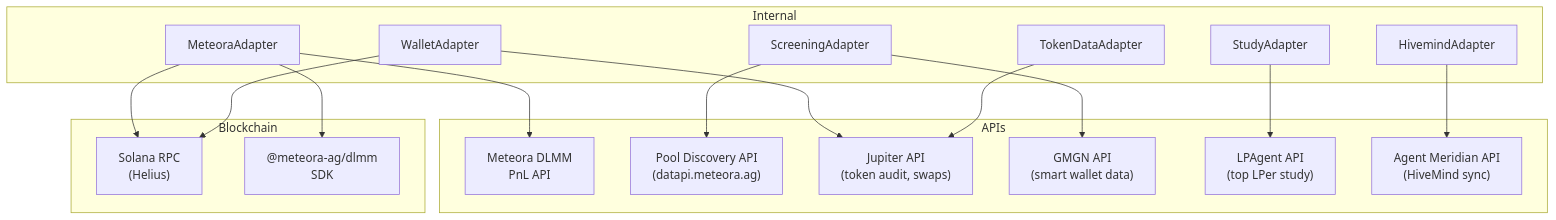
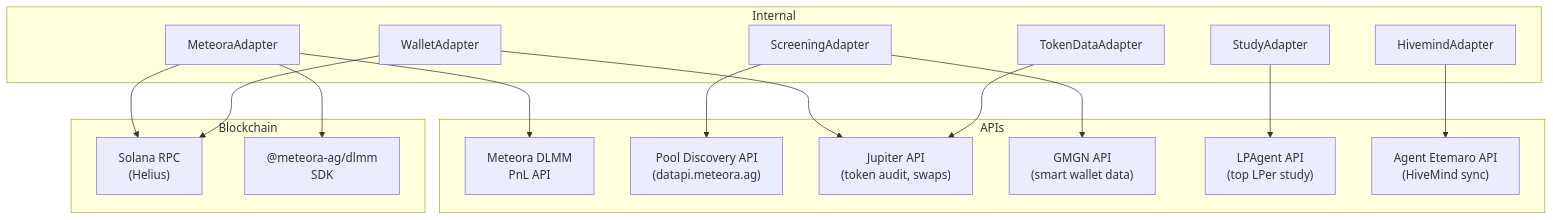
Diagram 16 of 19 in docs/FULL_FLOW.md (romankurnovskii/etemaro), drawn with Mermaid before and after one commit. The commit also changed other lines of this file and 28 other files, not shown here.

````diff
--- a/docs/FULL_FLOW.md
+++ b/docs/FULL_FLOW.md
@@ -653,36 +653,36 @@
 ```mermaid
 graph TB
     subgraph "Blockchain"
         SOLANA["Solana RPC<br/>(Helius)"]
         METEORA_SDK["@meteora-ag/dlmm<br/>SDK"]
     end
 
     subgraph "APIs"
         METEORA_PNL["Meteora DLMM<br/>PnL API"]
         POOL_DISC_API["Pool Discovery API<br/>(datapi.meteora.ag)"]
         JUPITER_API["Jupiter API<br/>(token audit, swaps)"]
         GMGN_API["GMGN API<br/>(smart wallet data)"]
         LP_AGENT["LPAgent API<br/>(top LPer study)"]
-        AGENT_MERIDIAN["Agent Meridian API<br/>(HiveMind sync)"]
+        AGENT_ETEMARO["Agent Etemaro API<br/>(HiveMind sync)"]
     end
 
     subgraph "Internal"
         SCREEN_ADV["ScreeningAdapter"]
         METEORA_ADV["MeteoraAdapter"]
         WALLET_ADV["WalletAdapter"]
         TOKEN_ADV["TokenDataAdapter"]
         STUDY_ADV["StudyAdapter"]
         HIVE_ADV["HivemindAdapter"]
     end
 
     SCREEN_ADV --> POOL_DISC_API
     SCREEN_ADV --> GMGN_API
     METEORA_ADV --> METEORA_SDK
     METEORA_ADV --> SOLANA
     METEORA_ADV --> METEORA_PNL
     WALLET_ADV --> SOLANA
     WALLET_ADV --> JUPITER_API
     TOKEN_ADV --> JUPITER_API
     STUDY_ADV --> LP_AGENT
-    HIVE_ADV --> AGENT_MERIDIAN
+    HIVE_ADV --> AGENT_ETEMARO
 ```
````
